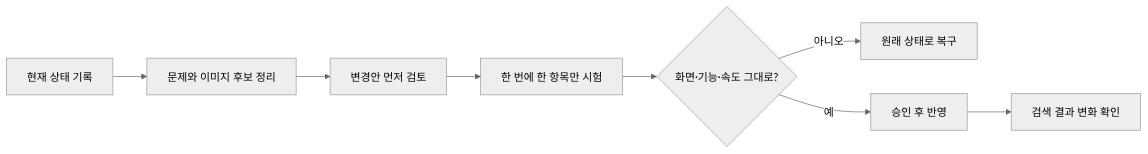
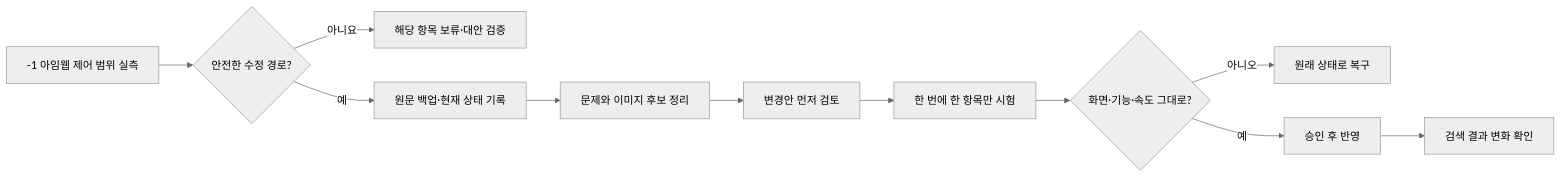
The diagram in README.md (byeonghoyoo/beautyblossom-seo-aeo), drawn with Mermaid (neutral theme) before and after one commit. The commit also changed other lines of this file and 15 other files, not shown here.

````diff
--- a/README.md
+++ b/README.md
@@ -7,10 +7,13 @@
 ```mermaid
 flowchart LR
-    A[현재 상태 기록] --> B[문제와 이미지 후보 정리]
+    P[-1 아임웹 제어 범위 실측] --> Q{안전한 수정 경로?}
+    Q -- 아니요 --> R[해당 항목 보류·대안 검증]
+    Q -- 예 --> A[원문 백업·현재 상태 기록]
+    A --> B[문제와 이미지 후보 정리]
     B --> C[변경안 먼저 검토]
     C --> D[한 번에 한 항목만 시험]
     D --> E{화면·기능·속도 그대로?}
     E -- 아니오 --> F[원래 상태로 복구]
     E -- 예 --> G[승인 후 반영]
     G --> H[검색 결과 변화 확인]
 ```
````
